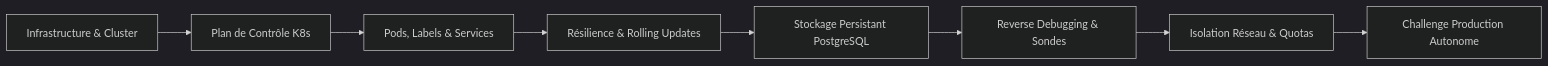
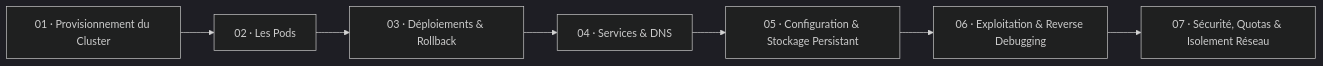
One commit to Rym28/kubernetes-training changed the diagram in docs/index.md. Above: the diagram before and after it, drawn with Mermaid (dark theme). The commit also changed other lines of this file and 15 other files, not shown here.

````diff
--- a/docs/index.md
+++ b/docs/index.md
@@ -12,11 +12,10 @@
 ```mermaid
 flowchart LR
-    A["Infrastructure & Cluster"] --> B["Plan de Contrôle K8s"]
-    B --> C["Pods, Labels & Services"]
-    C --> D["Résilience & Rolling Updates"]
-    
-    D --> E["Stockage Persistant PostgreSQL"]
-    E --> F["Reverse Debugging & Sondes"]
-    F --> G["Isolation Réseau & Quotas"]
-    G --> H["Challenge Production Autonome"]
+    A["01 · Provisionnement du Cluster"] --> B["02 · Les Pods"]
+    B --> C["03 · Déploiements & Rollback"]
+    C --> D["04 · Services & DNS"]
+
+    D --> E["05 · Configuration & Stockage Persistant"]
+    E --> F["06 · Exploitation & Reverse Debugging"]
+    F --> G["07 · Sécurité, Quotas & Isolement Réseau"]
 ```
````
